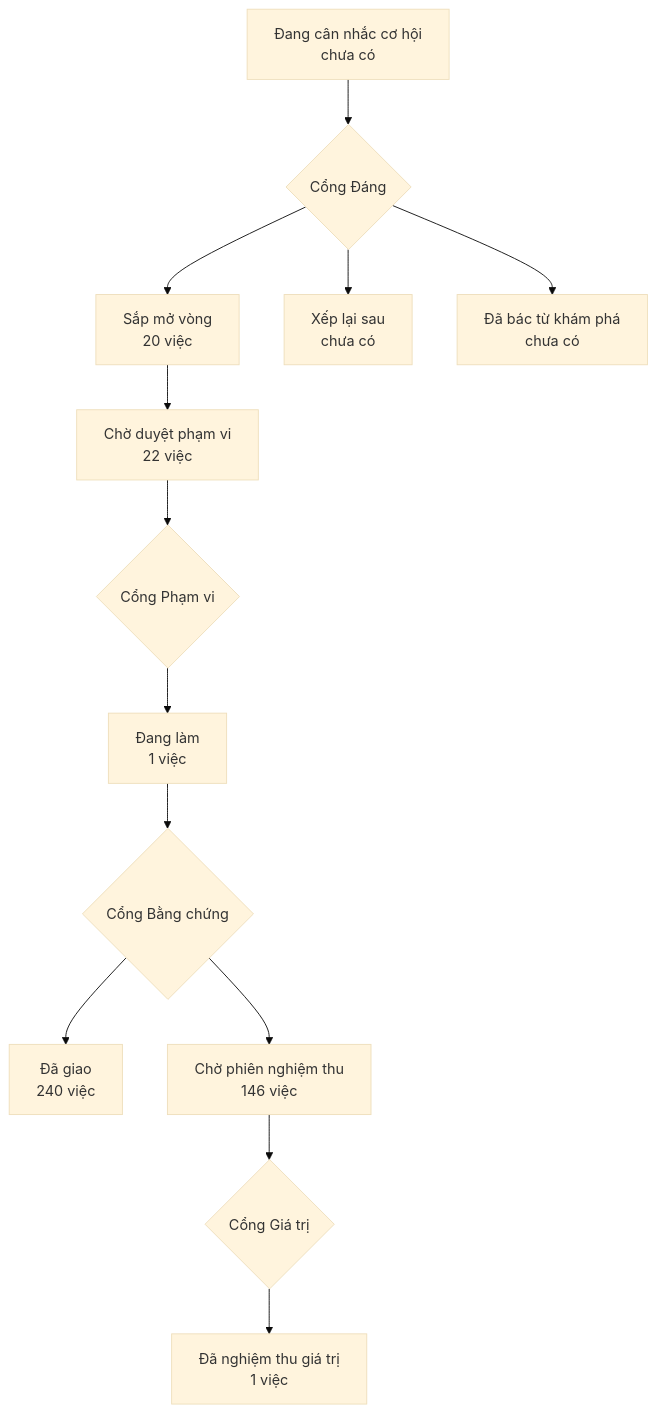
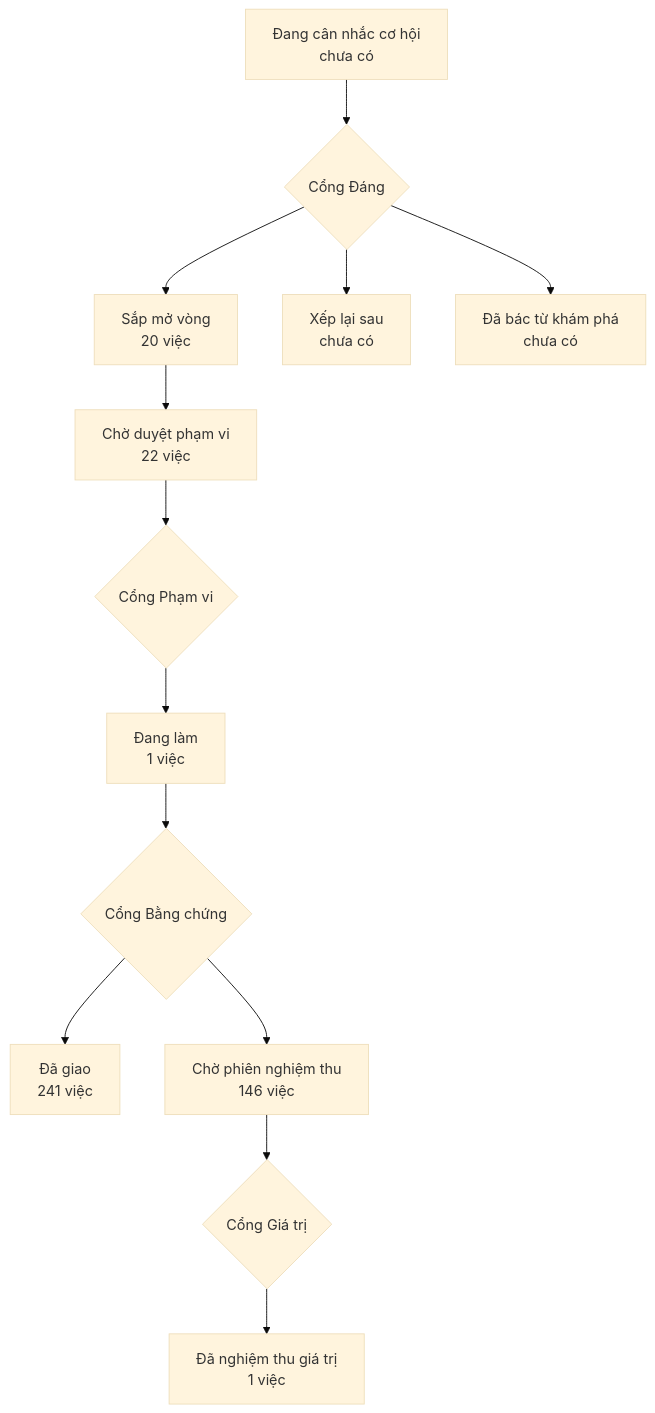
Before and after one commit to phanlemanh/onehub-invest: the diagram in PRODUCT-MAP.md, drawn with Mermaid (base theme). The commit also changed other lines of this file, not shown here.

Commit message:
chore(soat-noi-s08-danh-ba): sinh lại PRODUCT-MAP, LO-TRINH sau gộp main 4d63b3f11

````diff
--- a/PRODUCT-MAP.md
+++ b/PRODUCT-MAP.md
@@ -7,12 +7,12 @@
 ```mermaid
 flowchart TD
   A["Đang cân nhắc cơ hội<br/>chưa có"] --> GD{"Cổng Đáng"}
   GD --> B["Sắp mở vòng<br/>20 việc"]
   GD --> XL["Xếp lại sau<br/>chưa có"]
   GD --> DB["Đã bác từ khám phá<br/>chưa có"]
   B --> CD["Chờ duyệt phạm vi<br/>22 việc"] --> GP{"Cổng Phạm vi"}
   GP --> DL["Đang làm<br/>1 việc"] --> GB{"Cổng Bằng chứng"}
-  GB --> DG["Đã giao<br/>240 việc"]
+  GB --> DG["Đã giao<br/>241 việc"]
   GB --> CN["Chờ phiên nghiệm thu<br/>146 việc"] --> GG{"Cổng Giá trị"}
   GG --> NT["Đã nghiệm thu giá trị<br/>1 việc"]
 ```
````
